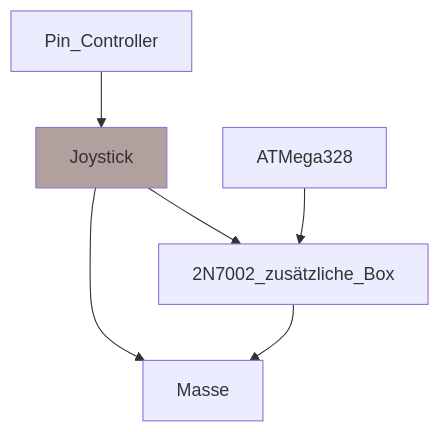
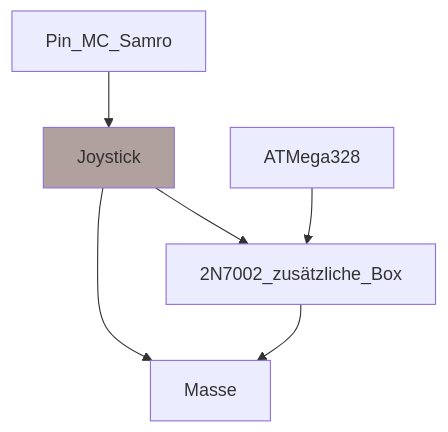
Before and after one commit to al3c00/Samro_Bedienbox: the diagram in README.md, drawn with Mermaid.

Commit message:
Update Pin_Controller to Pin_MC_Samro in diagram

````diff
--- a/README.md
+++ b/README.md
@@ -15,10 +15,10 @@
 ```mermaid
   graph TD;
-  Pin_Controller-->Joystick;
+  Pin_MC_Samro-->Joystick;
   Joystick-->2N7002_zusätzliche_Box;
   ATMega328-->2N7002_zusätzliche_Box;
   2N7002_zusätzliche_Box-->Masse;
   Joystick-->Masse;
 
 style Joystick fill:#B0A09E
 ```
````
